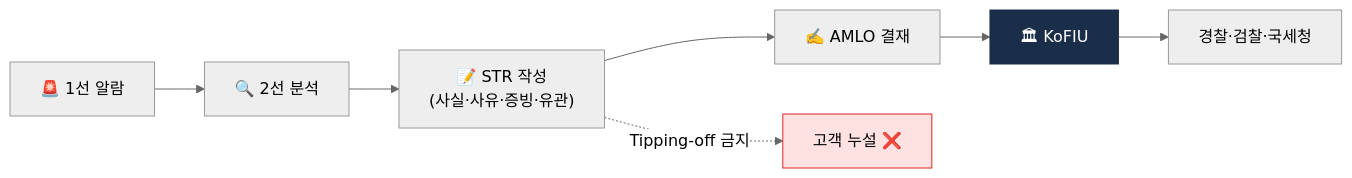
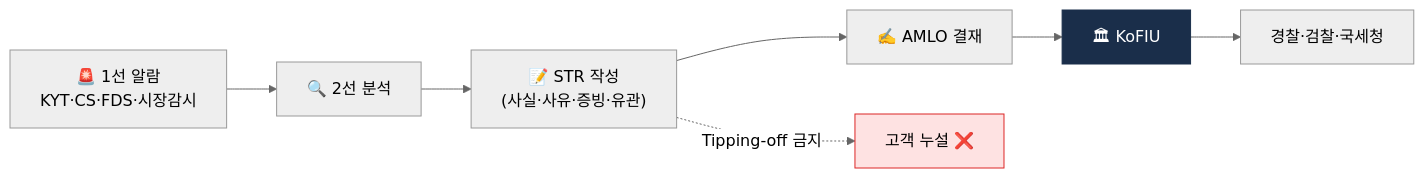
One commit to lala-david/aml-notes changed the first of 2 diagrams in curriculum/day_45.md. Above: the diagram before and after it, drawn with Mermaid (neutral theme). The commit also changed other lines of this file and 233 other files, not shown here.

````diff
--- a/curriculum/day_45.md
+++ b/curriculum/day_45.md
@@ -13,11 +13,11 @@
 ```mermaid
 flowchart LR
-    A["🚨 1선 알람"] --> B["🔍 2선 분석"]
+    A["🚨 1선 알람<br/>KYT·CS·FDS·시장감시"] --> B["🔍 2선 분석"]
     B --> C["📝 STR 작성<br/>(사실·사유·증빙·유관)"]
     C --> D["✍️ AMLO 결재"]
     D --> K["🏛 KoFIU"]
     C -.Tipping-off 금지.-> X["고객 누설 ❌"]
     K --> E["경찰·검찰·국세청"]
     style K fill:#1a2e4a,color:#fff,stroke:#1a2e4a
     style X fill:#fee2e2,stroke:#dc2626
 ```
````
